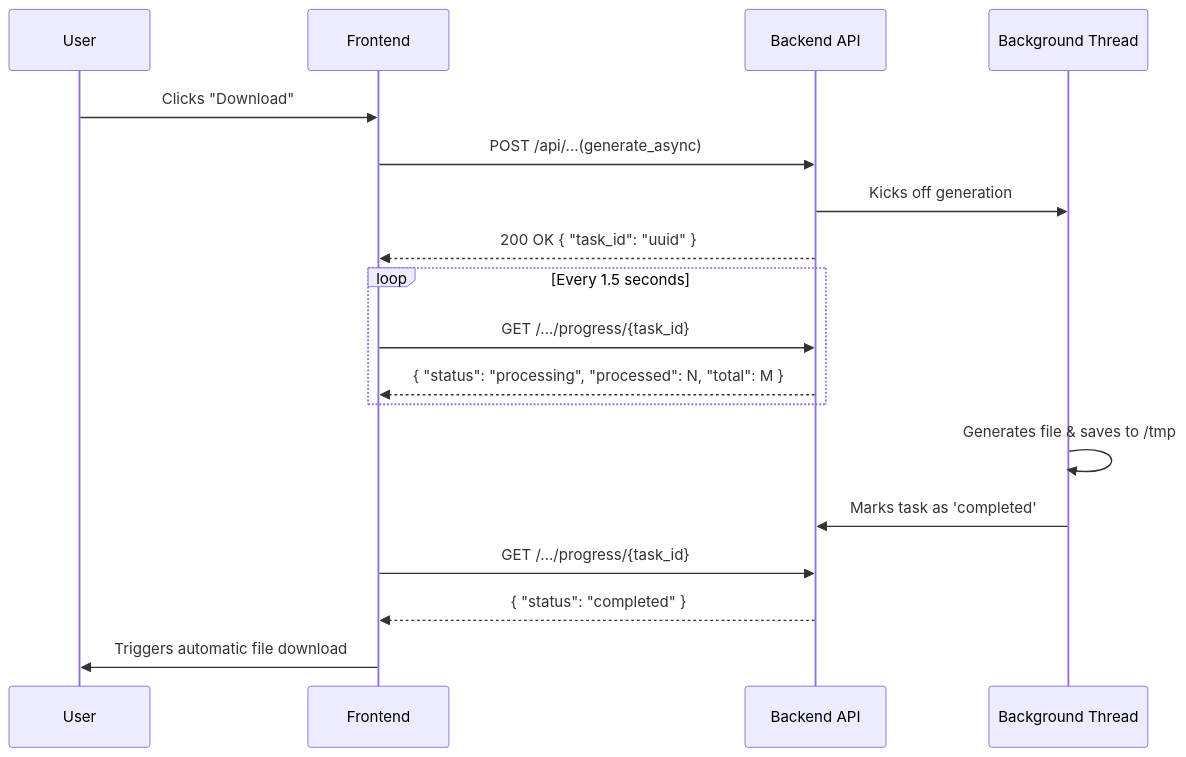
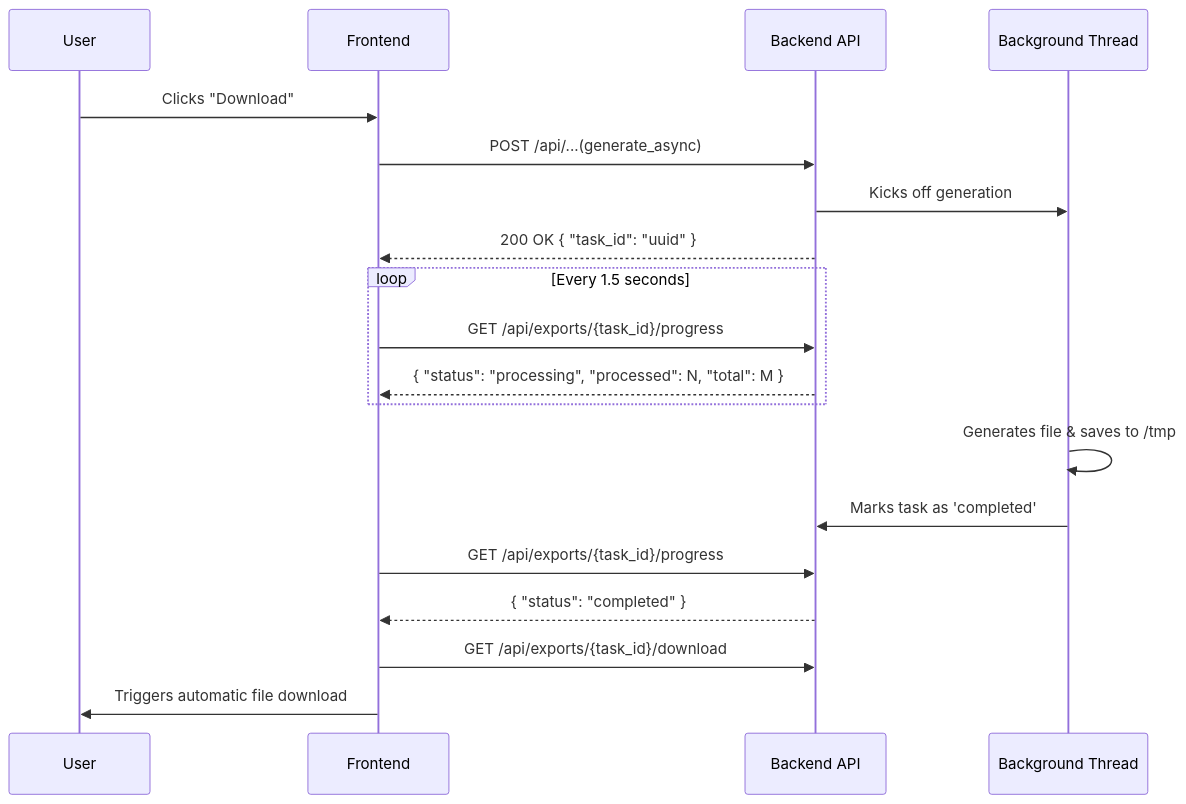
One commit to openTdataCH/stop_sync_osm_atlas changed the diagram in documentation/2.5 Generate Reports and PDFs.md. Above: the diagram before and after it, drawn with Mermaid. The commit also changed other lines of this file and 125 other files, not shown here.

````diff
--- a/documentation/2.5 Generate Reports and PDFs.md
+++ b/documentation/2.5 Generate Reports and PDFs.md
@@ -9,24 +9,25 @@
 ```mermaid
 sequenceDiagram
     participant User
     participant Frontend
     participant Backend API
     participant Background Thread
     
     User->>Frontend: Clicks "Download"
     Frontend->>Backend API: POST /api/...(generate_async)
     Backend API->>Background Thread: Kicks off generation
     Backend API-->>Frontend: 200 OK { "task_id": "uuid" }
     
     loop Every 1.5 seconds
-        Frontend->>Backend API: GET /.../progress/{task_id}
+        Frontend->>Backend API: GET /api/exports/{task_id}/progress
         Backend API-->>Frontend: { "status": "processing", "processed": N, "total": M }
     end
     
     Background Thread->>Background Thread: Generates file & saves to /tmp
     Background Thread->>Backend API: Marks task as 'completed'
 
-    Frontend->>Backend API: GET /.../progress/{task_id}
+    Frontend->>Backend API: GET /api/exports/{task_id}/progress
     Backend API-->>Frontend: { "status": "completed" }
+    Frontend->>Backend API: GET /api/exports/{task_id}/download
     Frontend->>User: Triggers automatic file download
 ```
````
